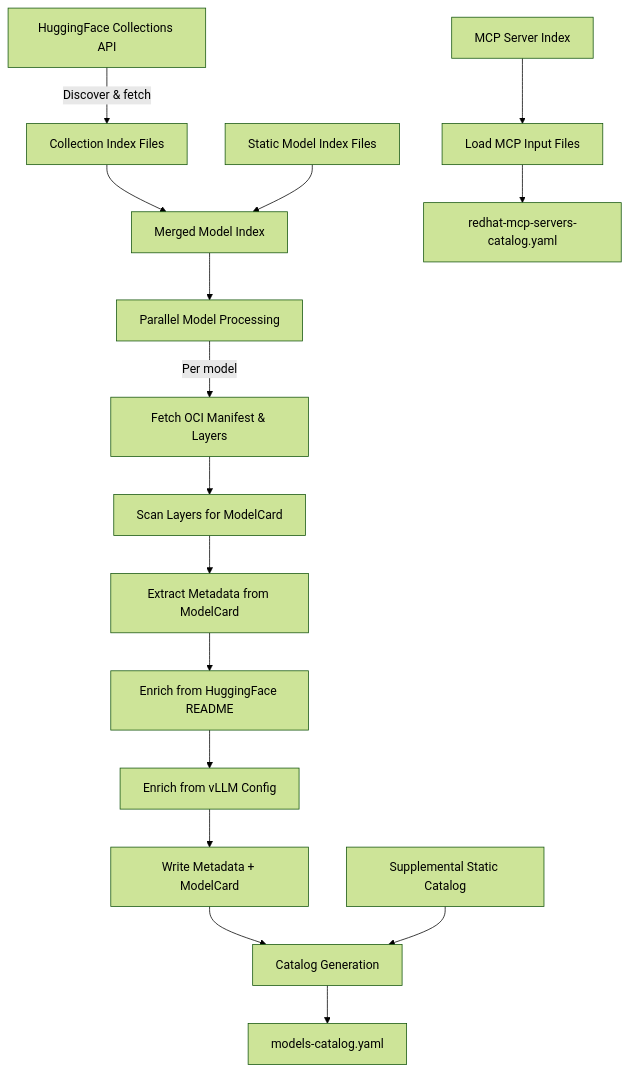
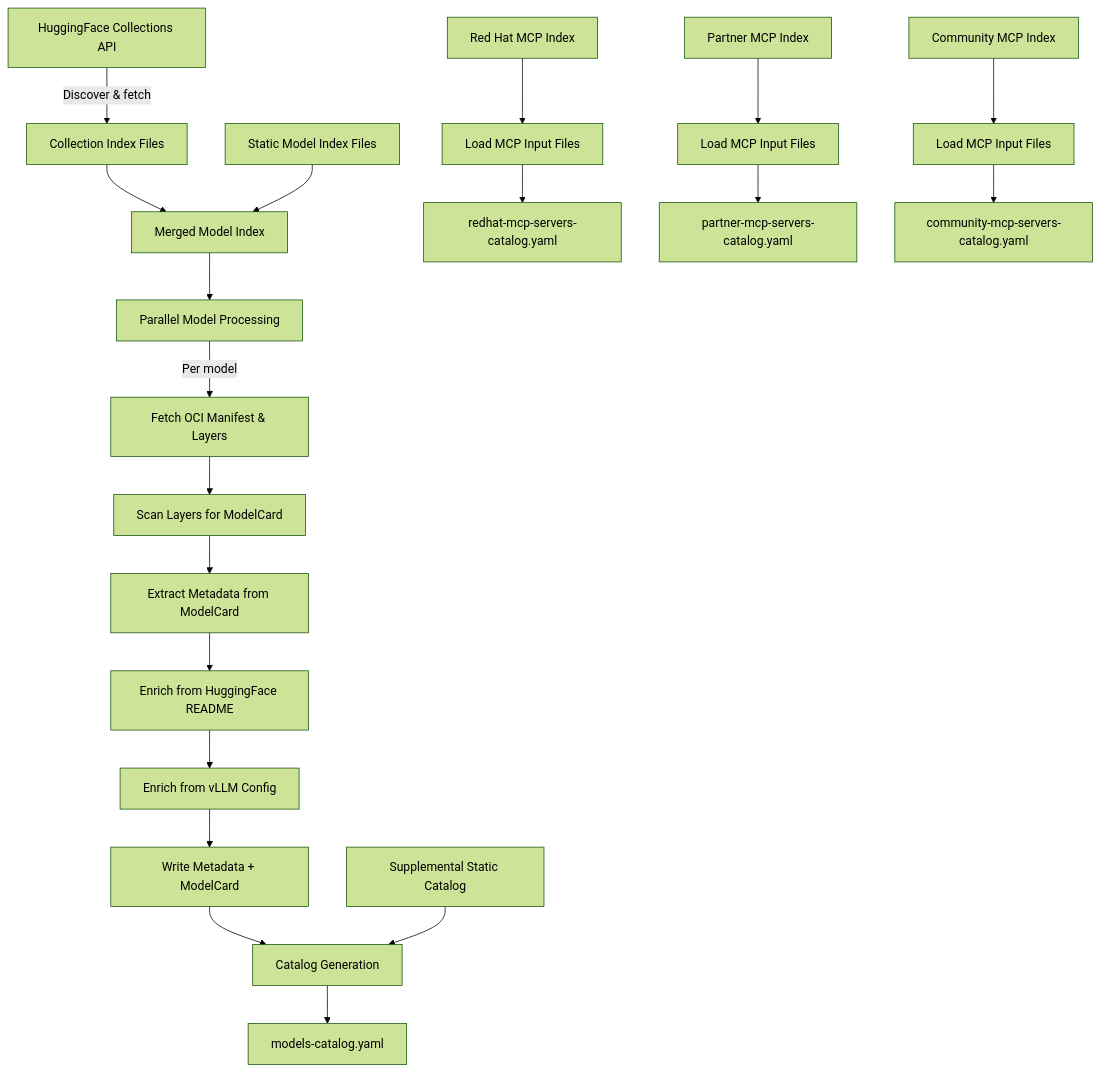
The first of 3 diagrams in ARCHITECTURE.md (red-hat-data-services/model-metadata-collection), drawn with Mermaid (forest theme) before and after one commit. The commit also changed other lines of this file and 23 other files, not shown here.

First line of the commit message:
refactoring to support partner and community mcp catalog additions (#120)

````diff
--- a/ARCHITECTURE.md
+++ b/ARCHITECTURE.md
@@ -11,19 +11,25 @@
 ```mermaid
 flowchart TD
     A[HuggingFace Collections API] -->|Discover & fetch| B[Collection Index Files]
     B --> C[Merged Model Index]
     D[Static Model Index Files] --> C
     C --> E[Parallel Model Processing]
     E -->|Per model| F[Fetch OCI Manifest & Layers]
     F --> G[Scan Layers for ModelCard]
     G --> H[Extract Metadata from ModelCard]
     H --> I[Enrich from HuggingFace README]
     I --> J[Enrich from vLLM Config]
     J --> K[Write Metadata + ModelCard]
     K --> L[Catalog Generation]
     M[Supplemental Static Catalog] --> L
     L --> N[models-catalog.yaml]
 
-    O[MCP Server Index] --> P[Load MCP Input Files]
+    O[Red Hat MCP Index] --> P[Load MCP Input Files]
     P --> Q[redhat-mcp-servers-catalog.yaml]
+
+    R[Partner MCP Index] --> S[Load MCP Input Files]
+    S --> T[partner-mcp-servers-catalog.yaml]
+
+    U[Community MCP Index] --> V[Load MCP Input Files]
+    V --> W[community-mcp-servers-catalog.yaml]
 ```
````
